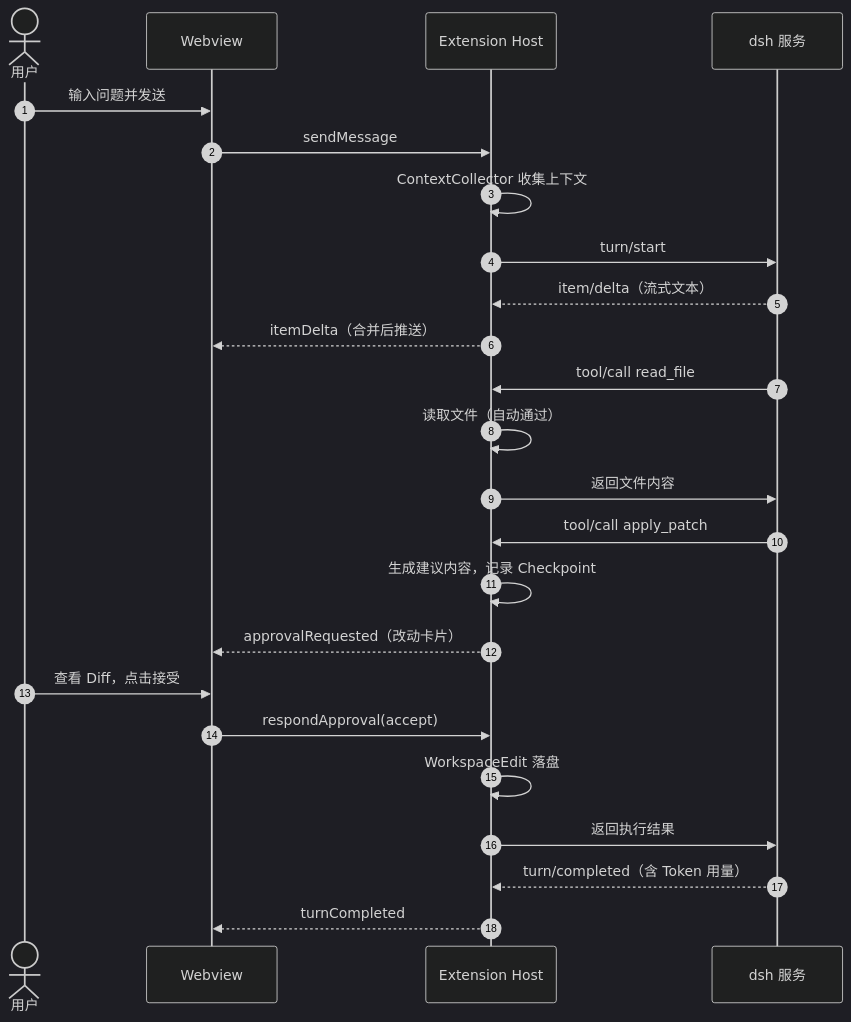
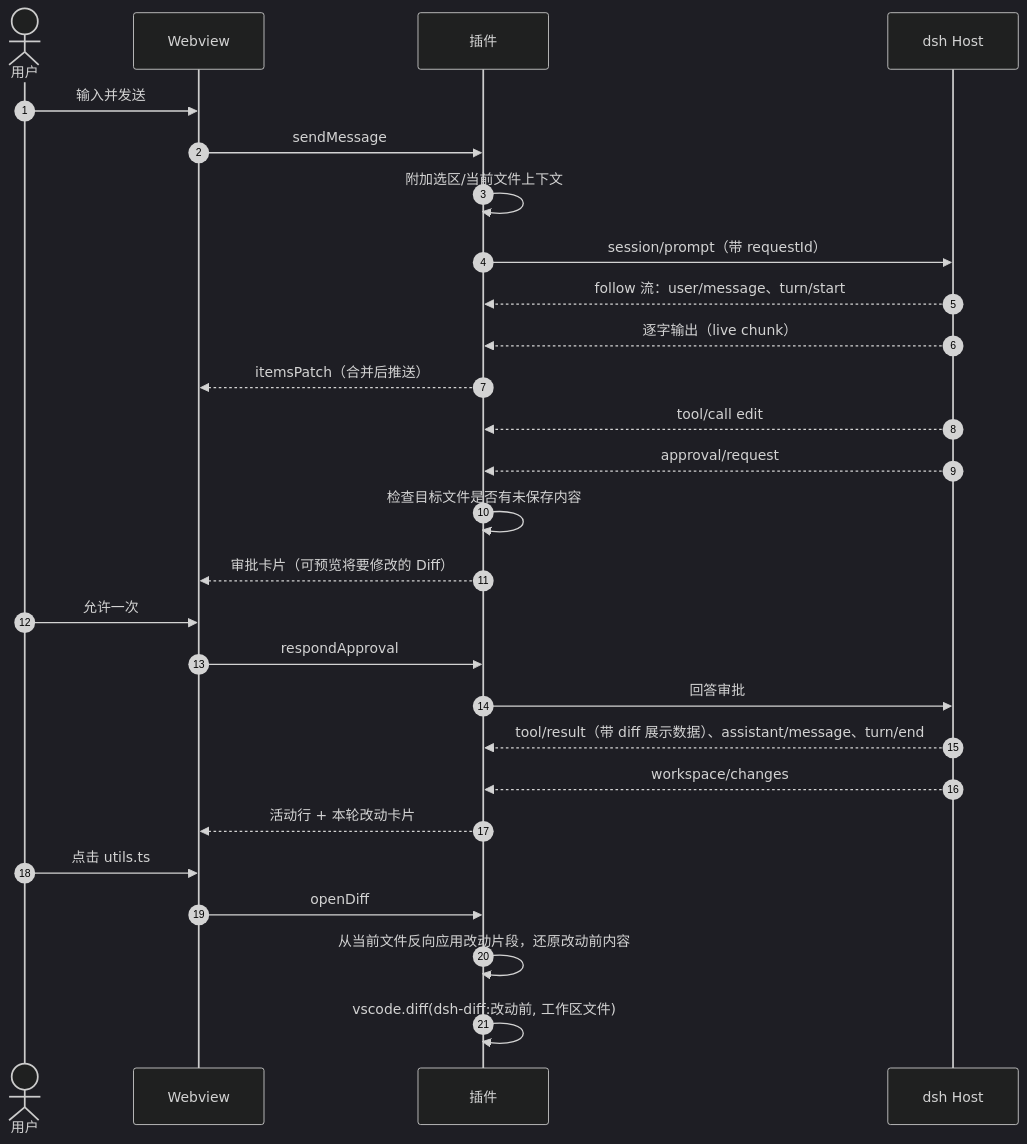
The third of 3 diagrams in docs/DESIGN.md (izrio/dsh-vscode-copilot), drawn with Mermaid (dark theme) before and after one commit. The commit also changed other lines of this file and 3 other files, not shown here.

````diff
--- a/docs/DESIGN.md
+++ b/docs/DESIGN.md
@@ -264,27 +329,30 @@
 ```mermaid
 sequenceDiagram
   autonumber
   actor U as 用户
   participant W as Webview
-  participant H as Extension Host
-  participant D as dsh 服务
+  participant P as 插件
+  participant D as dsh Host
 
-  U->>W: 输入问题并发送
-  W->>H: sendMessage
-  H->>H: ContextCollector 收集上下文
-  H->>D: turn/start
-  D-->>H: item/delta（流式文本）
-  H-->>W: itemDelta（合并后推送）
-  D->>H: tool/call read_file
-  H->>H: 读取文件（自动通过）
-  H->>D: 返回文件内容
-  D->>H: tool/call apply_patch
-  H->>H: 生成建议内容，记录 Checkpoint
-  H-->>W: approvalRequested（改动卡片）
-  U->>W: 查看 Diff，点击接受
-  W->>H: respondApproval(accept)
-  H->>H: WorkspaceEdit 落盘
-  H->>D: 返回执行结果
-  D-->>H: turn/completed（含 Token 用量）
-  H-->>W: turnCompleted
+  U->>W: 输入并发送
+  W->>P: sendMessage
+  P->>P: 附加选区/当前文件上下文
+  P->>D: session/prompt（带 requestId）
+  D-->>P: follow 流：user/message、turn/start
+  D-->>P: 逐字输出（live chunk）
+  P-->>W: itemsPatch（合并后推送）
+  D-->>P: tool/call edit
+  D-->>P: approval/request
+  P->>P: 检查目标文件是否有未保存内容
+  P-->>W: 审批卡片（可预览将要修改的 Diff）
+  U->>W: 允许一次
+  W->>P: respondApproval
+  P->>D: 回答审批
+  D-->>P: tool/result（带 diff 展示数据）、assistant/message、turn/end
+  D-->>P: workspace/changes
+  P-->>W: 活动行 + 本轮改动卡片
+  U->>W: 点击 utils.ts
+  W->>P: openDiff
+  P->>P: 从当前文件反向应用改动片段，还原改动前内容
+  P->>P: vscode.diff(dsh-diff:改动前, 工作区文件)
 ```
````
